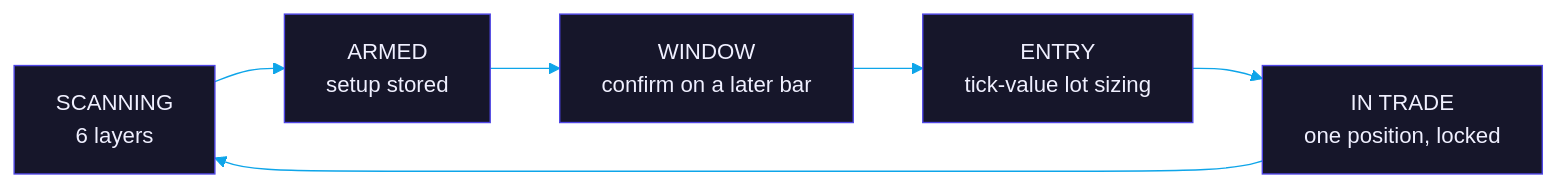
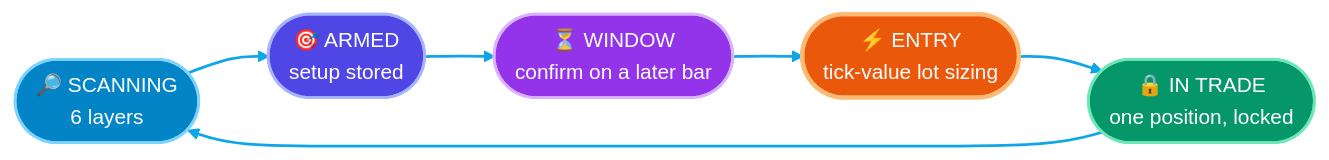
One commit to flowser/trademate-showcase changed the first of 2 diagrams in README.md. Above: the diagram before and after it, drawn with Mermaid. The commit also changed other lines of this file, not shown here.

Commit message:
Colour diagrams and new sequence / risk-gate diagrams

````diff
--- a/README.md
+++ b/README.md
@@ -62,9 +62,15 @@
 ```mermaid
-%%{init: {'theme':'base','themeVariables':{'primaryColor':'#16162a','primaryTextColor':'#f0f0ff','primaryBorderColor':'#4f46e5','lineColor':'#0ea5e9','secondaryColor':'#0d0d1a','tertiaryColor':'#12121f','clusterBkg':'#0d0d1a','clusterBorder':'#4f46e5','titleColor':'#0ea5e9','edgeLabelBackground':'#16162a'}}}%%
+%%{init: {'theme':'base','themeVariables':{'fontSize':'15px','primaryColor':'#16162a','primaryTextColor':'#f0f0ff','primaryBorderColor':'#4f46e5','lineColor':'#0ea5e9','clusterBkg':'#0d0d1a','clusterBorder':'#4f46e5','titleColor':'#0ea5e9','edgeLabelBackground':'#16162a'}}}%%
 flowchart LR
-  S["SCANNING<br/>6 layers"] --> A["ARMED<br/>setup stored"]
-  A --> W["WINDOW<br/>confirm on a later bar"]
-  W --> E["ENTRY<br/>tick-value lot sizing"]
-  E --> T["IN TRADE<br/>one position, locked"]
+  S(["🔎 SCANNING<br/>6 layers"]):::trainee --> A(["🎯 ARMED<br/>setup stored"]):::staff
+  A --> W(["⏳ WINDOW<br/>confirm on a later bar"]):::ai
+  W --> E(["⚡ ENTRY<br/>tick-value lot sizing"]):::core
+  E --> T(["🔒 IN TRADE<br/>one position, locked"]):::field
   T --> S
+  classDef ai fill:#9333ea,stroke:#d8b4fe,stroke-width:2px,color:#ffffff
+  classDef core fill:#ea580c,stroke:#fdba74,stroke-width:3px,color:#ffffff
+  classDef field fill:#059669,stroke:#6ee7b7,stroke-width:2px,color:#ffffff
+  classDef staff fill:#4f46e5,stroke:#a5b4fc,stroke-width:2px,color:#ffffff
+  classDef trainee fill:#0284c7,stroke:#7dd3fc,stroke-width:2px,color:#ffffff
+  linkStyle default stroke:#0ea5e9,stroke-width:2px
 ```
````
